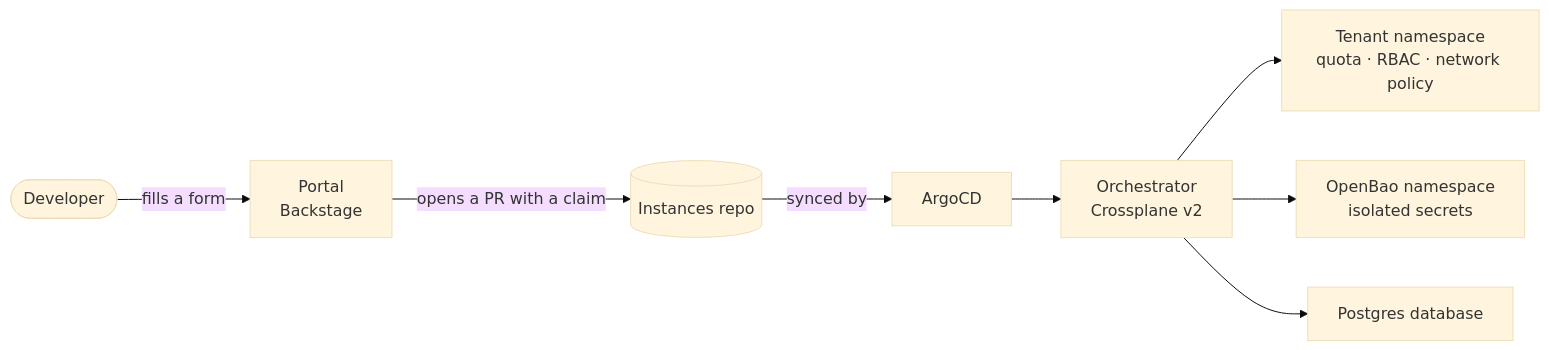
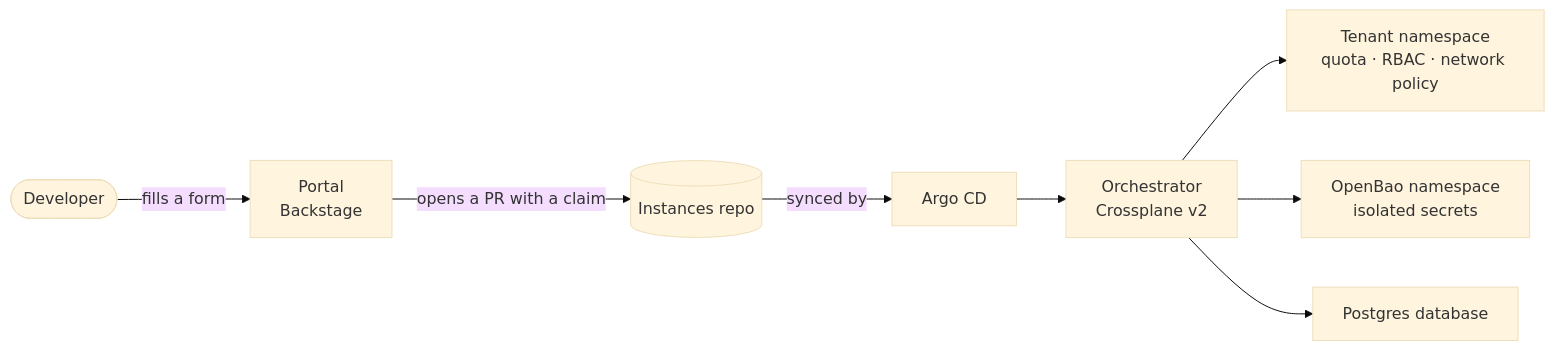
Before and after one commit to idPlatformKit/.github: the diagram in profile/README.md, drawn with Mermaid (base theme). The commit also changed other lines of this file, not shown here.

Commit message:
docs: update status for the GitOps flow and the New Tenant template

````diff
--- a/profile/README.md
+++ b/profile/README.md
@@ -11,10 +11,10 @@
 ```mermaid
 flowchart LR
     Dev([Developer]) -->|fills a form| Portal[Portal<br/>Backstage]
     Portal -->|opens a PR with a claim| Repo[(Instances repo)]
-    Repo -->|synced by| Argo[ArgoCD]
+    Repo -->|synced by| Argo[Argo CD]
     Argo --> XP[Orchestrator<br/>Crossplane v2]
     XP --> NS[Tenant namespace<br/>quota · RBAC · network policy]
     XP --> Bao[OpenBao namespace<br/>isolated secrets]
     XP --> PG[Postgres database]
 ```
````
